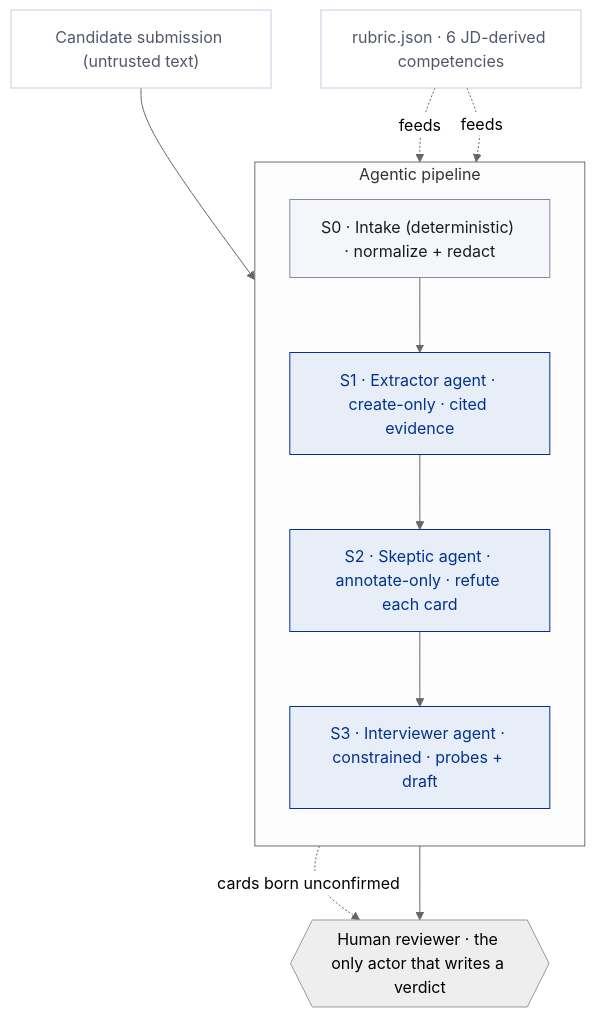
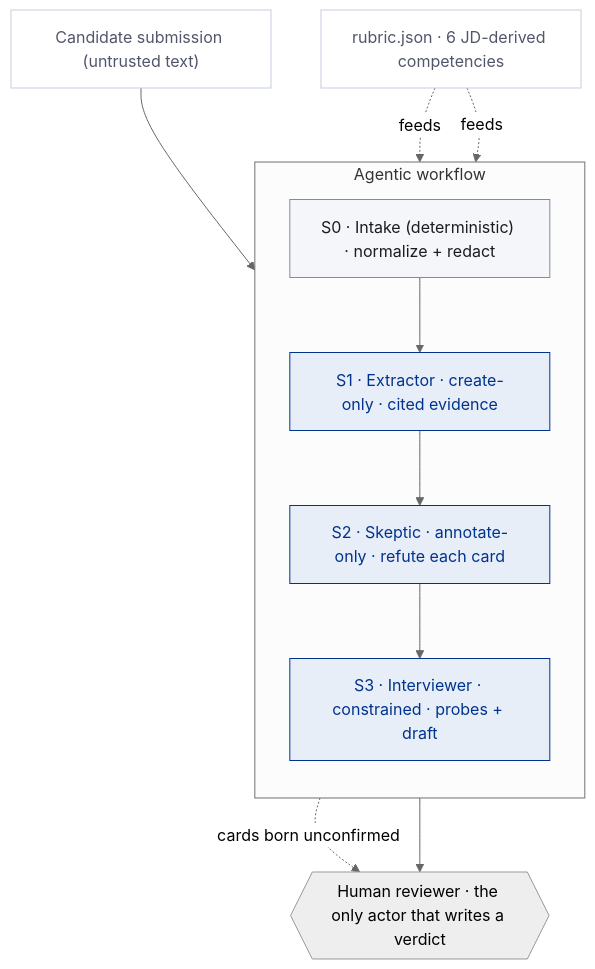
The diagram in README.md (Vimalk0703/second-reader), drawn with Mermaid (neutral theme) before and after one commit. The commit also changed other lines of this file and 2 other files, not shown here.

First line of the commit message:
Honest terminology: agentic workflow (bounded LLM stages), not autonomous agents

````diff
--- a/README.md
+++ b/README.md
@@ -85,21 +89,21 @@
 ```mermaid
 flowchart TB
     SUB["Candidate submission (untrusted text)"]:::data
-    subgraph PIPE["Agentic pipeline"]
+    subgraph PIPE["Agentic workflow"]
       direction TB
       S0["S0 · Intake (deterministic) · normalize + redact"]:::code
-      S1["S1 · Extractor agent · create-only · cited evidence"]:::agent
-      S2["S2 · Skeptic agent · annotate-only · refute each card"]:::agent
-      S3["S3 · Interviewer agent · constrained · probes + draft"]:::agent
+      S1["S1 · Extractor · create-only · cited evidence"]:::agent
+      S2["S2 · Skeptic · annotate-only · refute each card"]:::agent
+      S3["S3 · Interviewer · constrained · probes + draft"]:::agent
       S0 --> S1 --> S2 --> S3
     end
     RUBRIC["rubric.json · 6 JD-derived competencies"]:::data
     SUB --> S0
     RUBRIC -.->|feeds| S1
     RUBRIC -.->|feeds| S3
     S1 -.->|cards born unconfirmed| HUMAN
     S3 --> HUMAN{{"Human reviewer · the only actor that writes a verdict"}}
     classDef agent fill:#e7eef8,stroke:#00338d,color:#00338d;
     classDef code fill:#f4f6fa,stroke:#858aa0,color:#1a1c22;
     classDef data fill:#ffffff,stroke:#c6cddd,color:#51566a;
 ```
````
